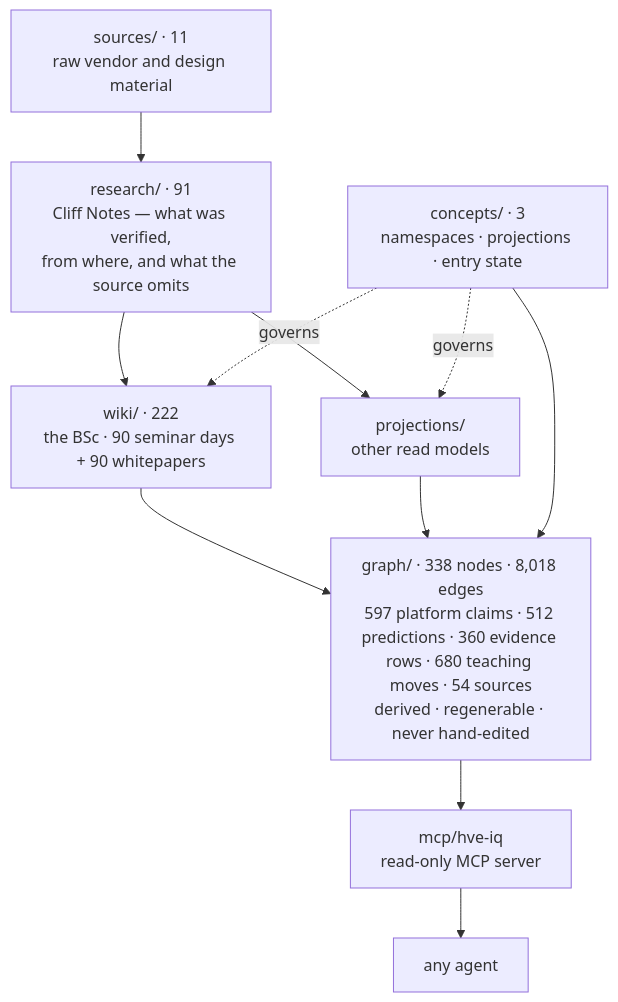
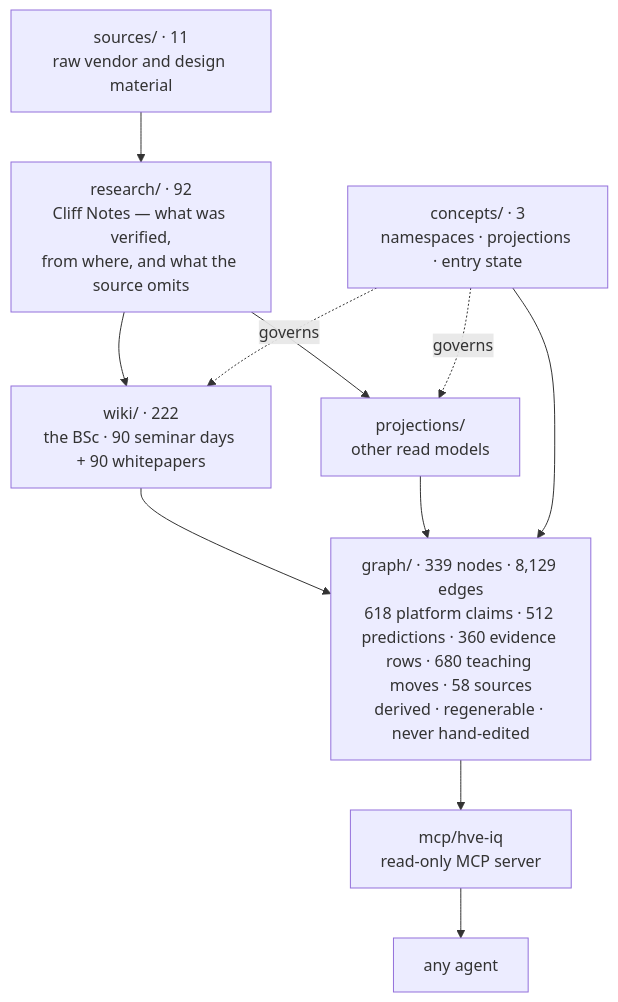
One commit to venturemavenwill/high-velocity-engineering changed the diagram in README.md. Above: the diagram before and after it, drawn with Mermaid. The commit also changed other lines of this file and 65 other files, not shown here.

````diff
--- a/README.md
+++ b/README.md
@@ -13,14 +13,14 @@
 ```mermaid
 flowchart TD
   S["sources/ · 11<br/>raw vendor and design material"] --> R
-  R["research/ · 91<br/>Cliff Notes — what was verified,<br/>from where, and what the source omits"] --> W
+  R["research/ · 92<br/>Cliff Notes — what was verified,<br/>from where, and what the source omits"] --> W
   R --> P
   W["wiki/ · 222<br/>the BSc · 90 seminar days + 90 whitepapers"]
   P["projections/<br/>other read models"]
   C["concepts/ · 3<br/>namespaces · projections · entry state"] -.governs.-> W
   C -.governs.-> P
   W --> G
   P --> G
   C --> G
-  G["graph/ · 338 nodes · 8,018 edges<br/>597 platform claims · 512 predictions · 360 evidence rows · 680 teaching moves · 54 sources<br/>derived · regenerable · never hand-edited"] --> M["mcp/hve-iq<br/>read-only MCP server"] --> A["any agent"]
+  G["graph/ · 339 nodes · 8,129 edges<br/>618 platform claims · 512 predictions · 360 evidence rows · 680 teaching moves · 58 sources<br/>derived · regenerable · never hand-edited"] --> M["mcp/hve-iq<br/>read-only MCP server"] --> A["any agent"]
 ```
````
